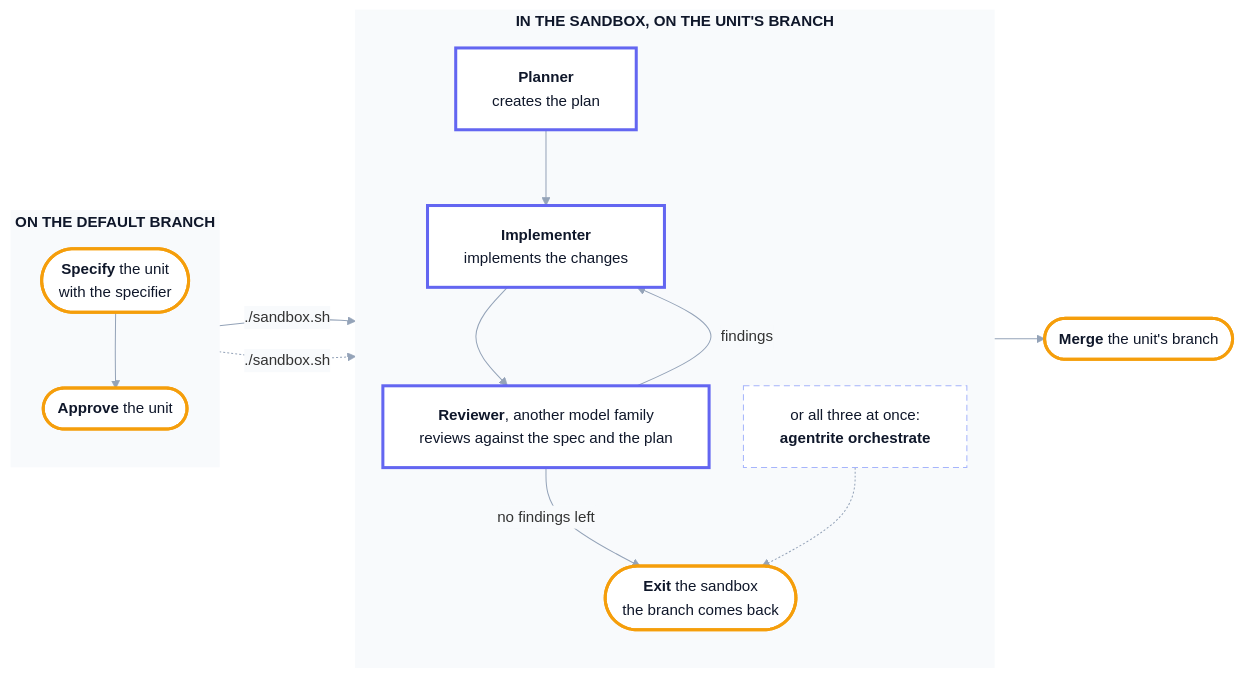
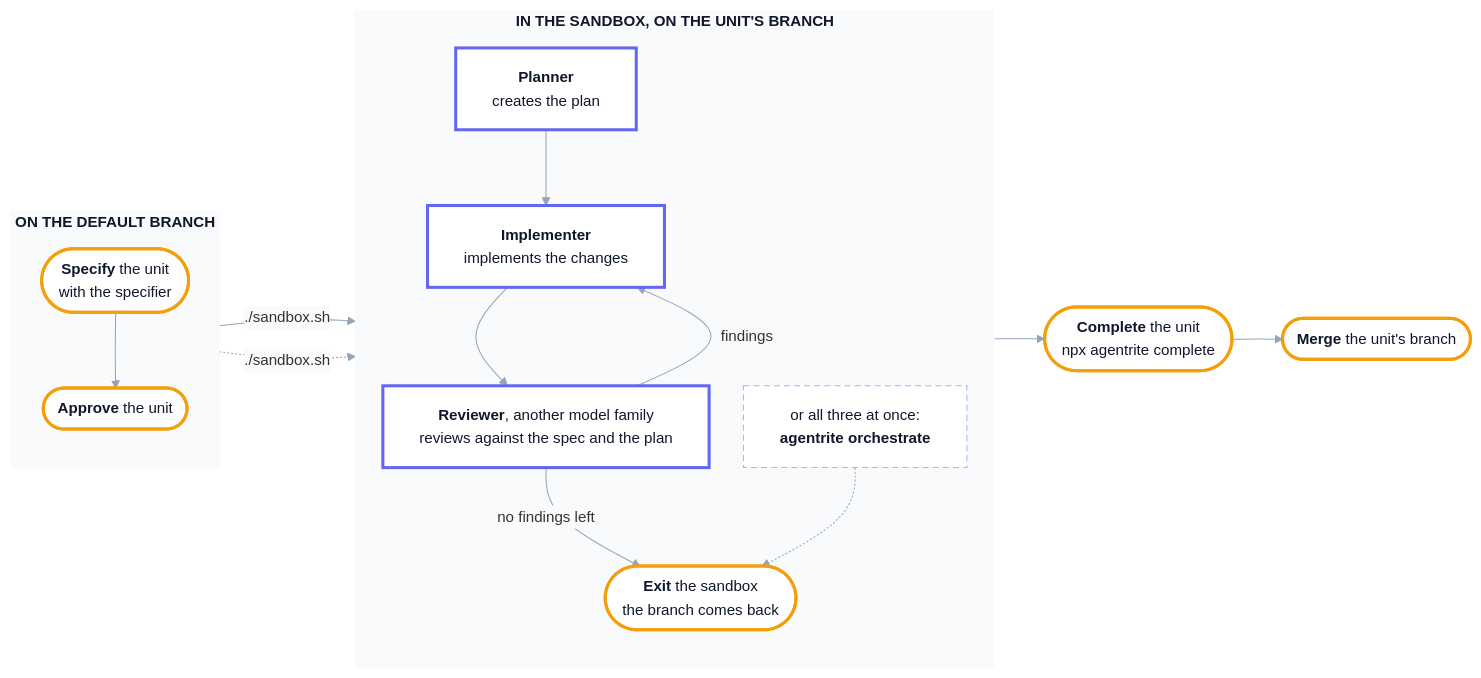
One commit to norareit/agentrite changed the diagram in diagrams/workflow.mmd. Above: the diagram before and after it, drawn with Mermaid. The commit also changed 6 other files, not shown here.

```diff
--- a/diagrams/workflow.mmd
+++ b/diagrams/workflow.mmd
@@ -1,54 +1,55 @@
 ---
 config:
   theme: base
   themeVariables:
     fontFamily: "Inter, Segoe UI, Helvetica, Arial, sans-serif"
     fontSize: 15px
     lineColor: "#94a3b8"
     clusterBkg: "#f8fafc"
     clusterBorder: "#f8fafc"
     edgeLabelBackground: "#f8fafc"
     titleColor: "#0f172a"
   themeCSS: >
     .node rect, .node path { rx: 12px; ry: 12px; filter: drop-shadow(0 2px 4px rgba(15,23,42,0.12)); }
     .cluster rect { rx: 18px; ry: 18px; }
     .flowchart-link { stroke-width: 2px; }
     .edgeLabel { color: #475569; font-size: 13px; }
   flowchart:
     curve: basis
     nodeSpacing: 34
     rankSpacing: 50
     padding: 18
     wrappingWidth: 320
 ---
 flowchart LR
   subgraph defaultBranch["<b>ON THE DEFAULT BRANCH</b>"]
     direction TB
     specify(["<b>Specify</b> the unit<br/>with the specifier"])
     approve(["<b>Approve</b> the unit"])
     specify --> approve
   end
   subgraph inSandbox["<b>IN THE SANDBOX, ON THE UNIT'S BRANCH</b>"]
     direction TB
     plan["<b>Planner</b><br/>creates the plan"]
     implement["<b>Implementer</b><br/>implements the changes"]
     review["<b>Reviewer</b>, another model family<br/>reviews against the spec and the plan"]
     orchestrate["or all three at once:<br/><b>agentrite orchestrate</b>"]
     leave(["<b>Exit</b> the sandbox<br/>the branch comes back"])
     plan --> implement --> review
     review -->|findings| implement
     review -->|no findings left| leave
     orchestrate -.-> leave
   end
+  complete(["<b>Complete</b> the unit<br/>npx agentrite complete"])
   merge(["<b>Merge</b> the unit's branch"])
 
   approve -->|./sandbox.sh| plan
   approve -.->|./sandbox.sh| orchestrate
-  leave --> merge
+  leave --> complete --> merge
 
   classDef human fill:#ffffff,stroke:#f59e0b,stroke-width:3px,color:#0f172a
   classDef agent fill:#ffffff,stroke:#6366f1,stroke-width:3px,color:#0f172a
   classDef alternative fill:#ffffff,stroke:#a5b4fc,color:#0f172a,stroke-dasharray:6 4
-  class specify,approve,leave,merge human
+  class specify,approve,leave,complete,merge human
   class plan,implement,review agent
   class orchestrate alternative
```
